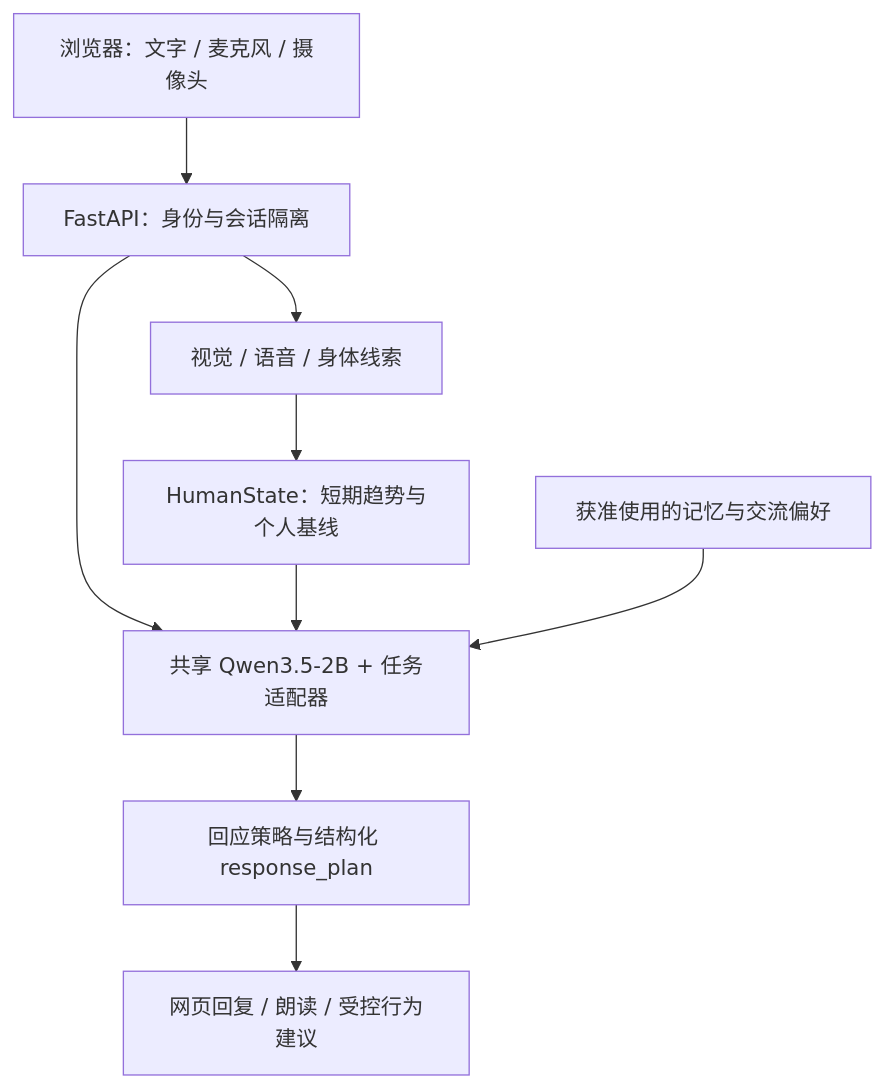
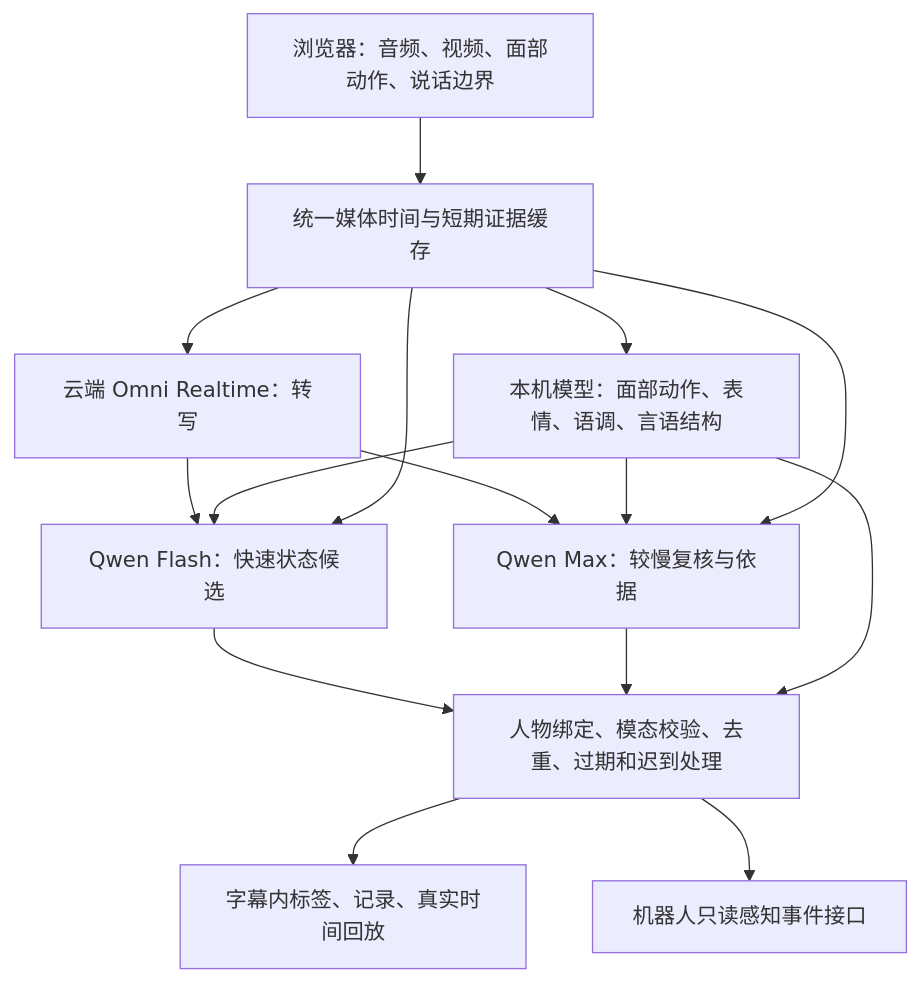
The diagram in README.md (elsewhere-high/Anima), drawn with Mermaid before and after one commit. The commit also changed other lines of this file and 295 other files, not shown here.

````diff
--- a/README.md
+++ b/README.md
@@ -116,18 +113,26 @@
 ```mermaid
 flowchart TD
-    UI[浏览器：文字 / 麦克风 / 摄像头]
-    API[FastAPI：身份与会话隔离]
-    Signals[视觉 / 语音 / 身体线索]
-    State[HumanState：短期趋势与个人基线]
-    Memory[获准使用的记忆与交流偏好]
-    LLM[共享 Qwen3.5-2B + 任务适配器]
-    Plan[回应策略与结构化 response_plan]
-    Output[网页回复 / 朗读 / 受控行为建议]
-
-    UI --> API
-    API --> Signals --> State
-    API --> LLM
-    State --> LLM
-    Memory --> LLM
-    LLM --> Plan --> Output
+    Browser[浏览器：音频、视频、面部动作、说话边界]
+    Buffer[统一媒体时间与短期证据缓存]
+    ASR[云端 Omni Realtime：转写]
+    Local[本机模型：面部动作、表情、语调、言语结构]
+    Fast[Qwen Flash：快速状态候选]
+    Review[Qwen Max：较慢复核与依据]
+    State[人物绑定、模态校验、去重、过期和迟到处理]
+    UI[字幕内标签、记录、真实时间回放]
+    API[机器人只读感知事件接口]
+    Browser --> Buffer
+    Buffer --> ASR
+    Buffer --> Local
+    ASR --> Fast
+    Local --> Fast
+    Buffer --> Fast
+    ASR --> Review
+    Local --> Review
+    Buffer --> Review
+    Fast --> State
+    Review --> State
+    Local --> State
+    State --> UI
+    State --> API
 ```
````
